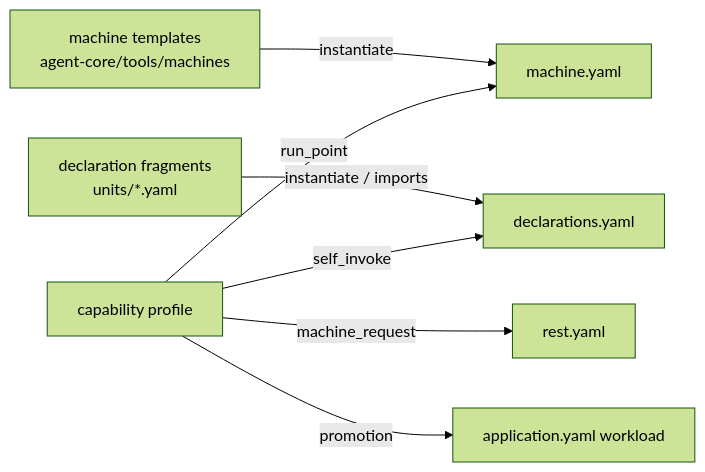
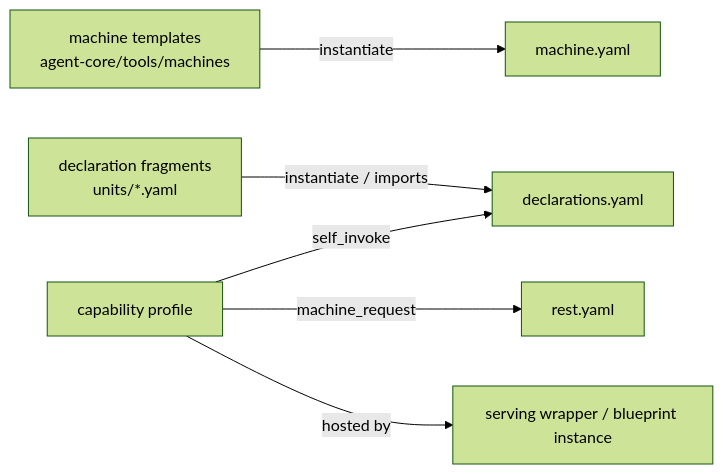
The diagram in docs/guides/composition-model.md (Acharya320/declarative-agents), drawn with Mermaid (forest theme) before and after one commit. The commit also changed other lines of this file and 8 other files, not shown here.

````diff
--- a/docs/guides/composition-model.md
+++ b/docs/guides/composition-model.md
@@ -22,9 +22,8 @@
 ```mermaid
 graph LR
   T[machine templates<br/>agent-core/tools/machines] -->|instantiate| M[machine.yaml]
   F[declaration fragments<br/>units/*.yaml] -->|instantiate / imports| D[declarations.yaml]
-  CP[capability profile] -->|run_point| M
-  CP -->|self_invoke| D
+  CP[capability profile] -->|self_invoke| D
   CP -->|machine_request| R[rest.yaml]
-  CP -->|promotion| W[application.yaml workload]
+  CP -->|hosted by| W[serving wrapper / blueprint instance]
 ```
````
